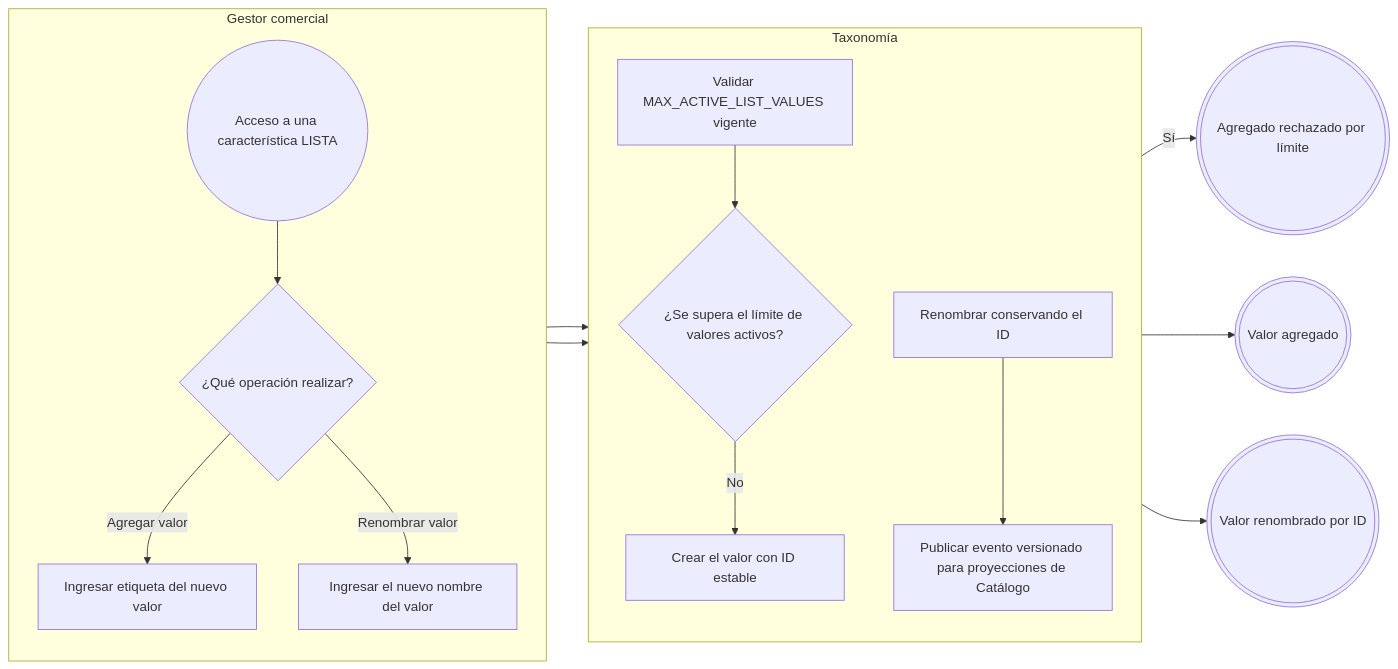
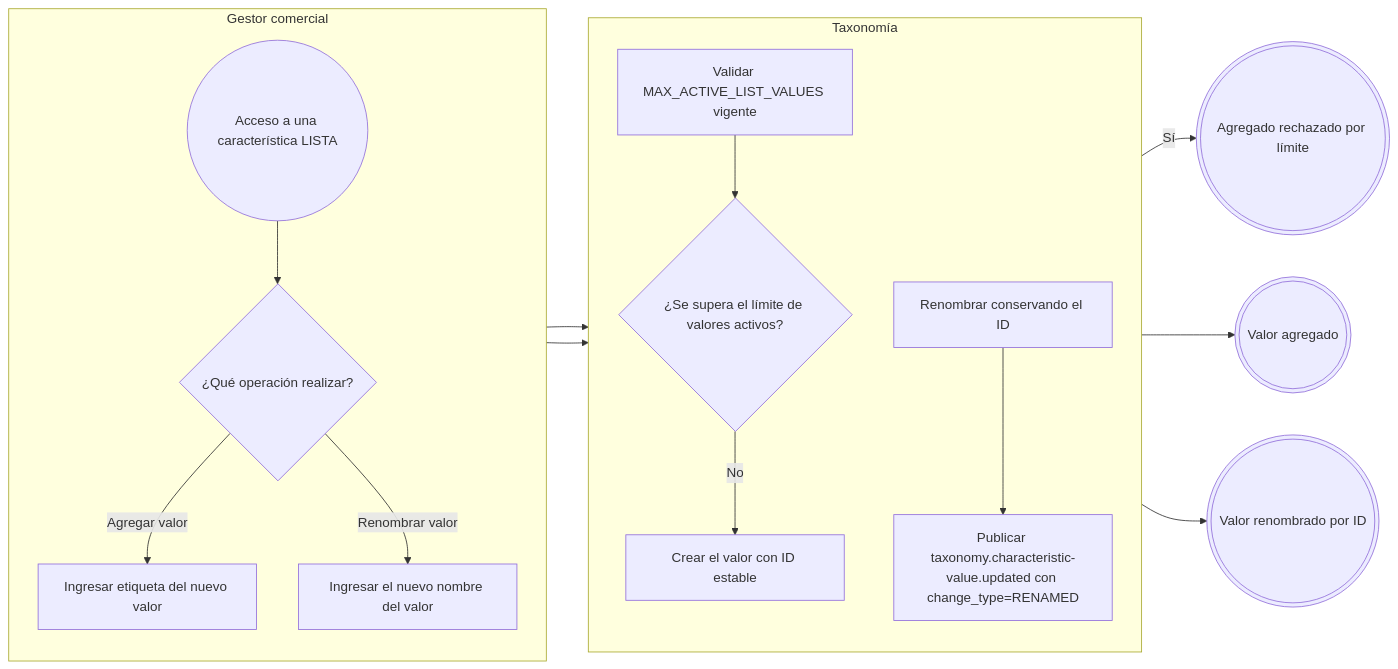
The second of 4 diagrams in flujos/FLOW-009-gestion-caracteristicas.md (Taller-SW-Web/G6-Productos-Ofertas-docs), drawn with Mermaid before and after one commit. The commit also changed other lines of this file and 18 other files, not shown here.

````diff
--- a/flujos/FLOW-009-gestion-caracteristicas.md
+++ b/flujos/FLOW-009-gestion-caracteristicas.md
@@ -76,36 +77,36 @@
 ```mermaid
 flowchart LR
 
     subgraph GESTOR["Gestor comercial"]
         direction TB
         INICIO((Acceso a una característica LISTA))
         D1{"¿Qué operación realizar?"}
         G1["Ingresar etiqueta del nuevo valor"]
         G2["Ingresar el nuevo nombre del valor"]
     end
 
     subgraph TAXONOMIA["Taxonomía"]
         direction TB
         T1["Validar MAX_ACTIVE_LIST_VALUES vigente"]
         D2{"¿Se supera el límite de valores activos?"}
         T2["Crear el valor con ID estable"]
         T3["Renombrar conservando el ID"]
-        T4["Publicar evento versionado para proyecciones de Catálogo"]
+        T4["Publicar taxonomy.characteristic-value.updated con change_type=RENAMED"]
     end
 
     FIN_LIMITE(((Agregado rechazado por límite)))
     FIN_AGREGADO(((Valor agregado)))
     FIN_RENOMBRADO(((Valor renombrado por ID)))
 
     INICIO --> D1
     D1 -->|"Agregar valor"| G1
     G1 --> T1
     T1 --> D2
     D2 -->|"Sí"| FIN_LIMITE
     D2 -->|"No"| T2
     T2 --> FIN_AGREGADO
     D1 -->|"Renombrar valor"| G2
     G2 --> T3
     T3 --> T4
     T4 --> FIN_RENOMBRADO
 ```
````
